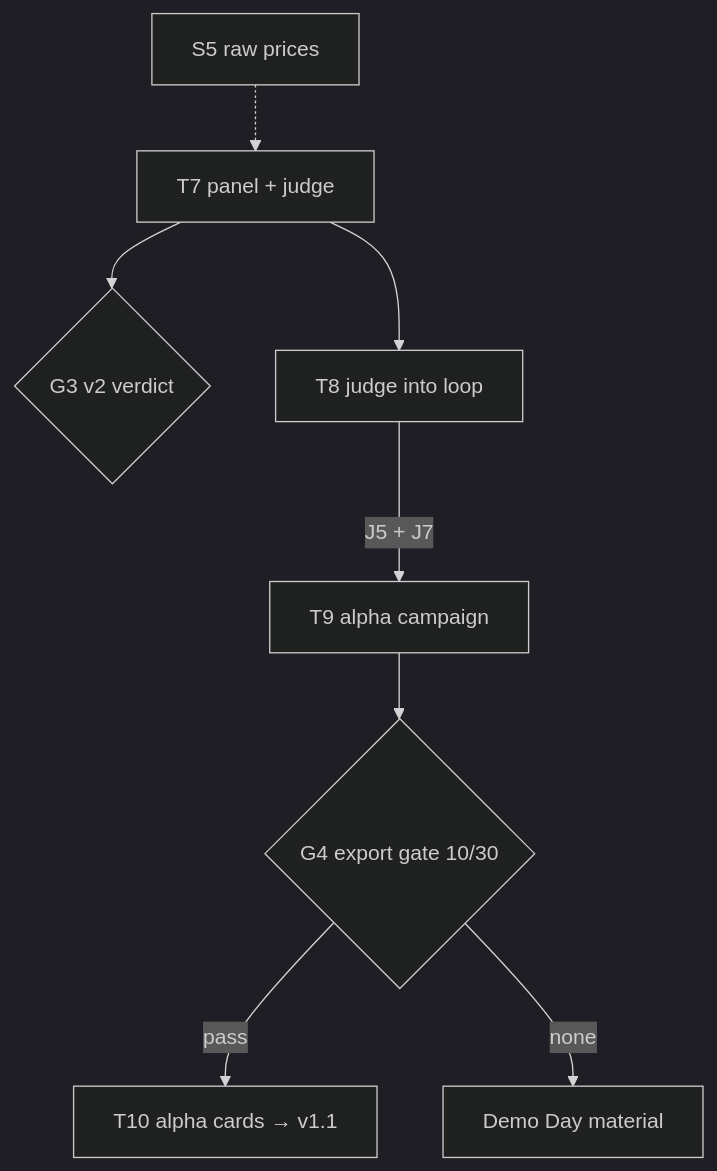
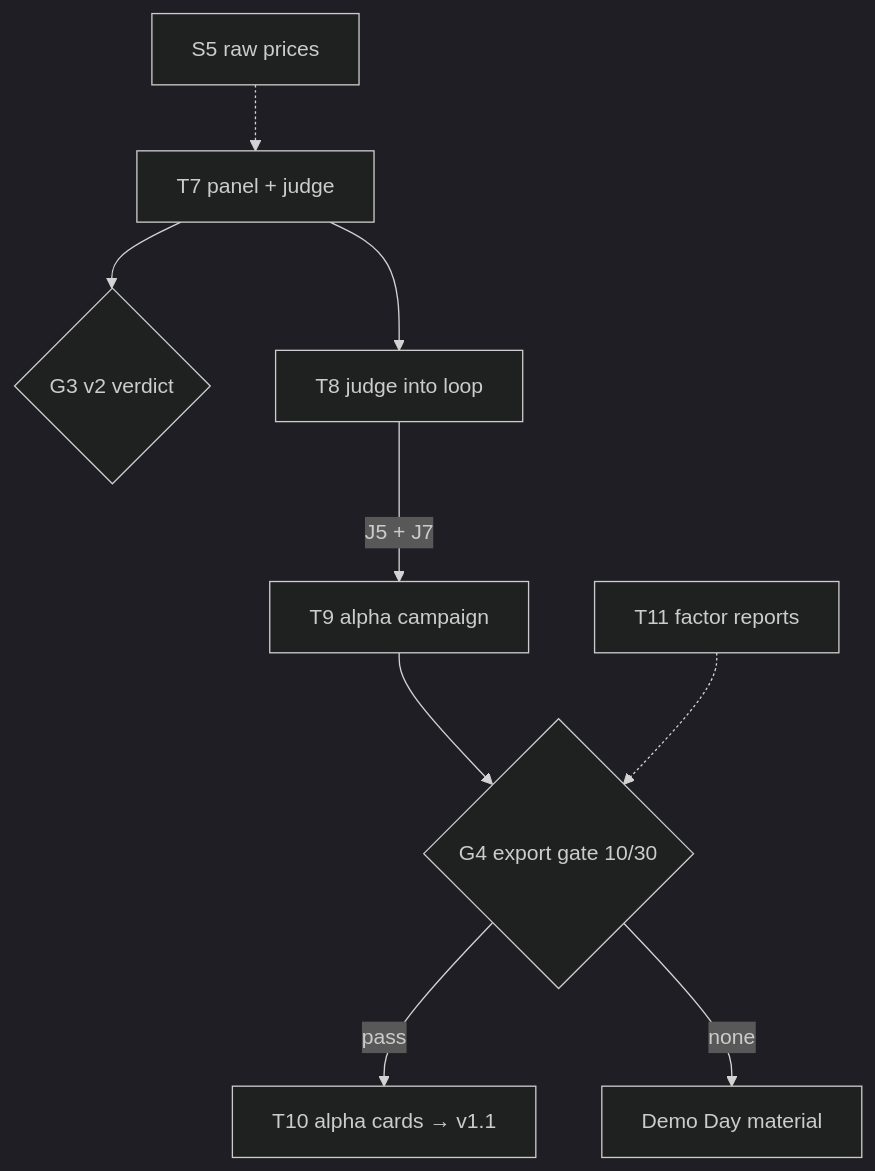
The first of 2 diagrams in docs/tw/TODO_GRAPH.md (Jansansnss/RD-Agent_tw), drawn with Mermaid (dark theme) before and after one commit. The commit also changed other lines of this file and 10 other files, not shown here.

````diff
--- a/docs/tw/TODO_GRAPH.md
+++ b/docs/tw/TODO_GRAPH.md
@@ -215,10 +226,11 @@
 ```mermaid
 flowchart TD
     T7[T7 panel + judge] --> G3{G3 v2 verdict}
     T7 --> T8[T8 judge into loop]
     T8 -->|J5 + J7| T9[T9 alpha campaign]
     T9 --> G4{G4 export gate 10/30}
     G4 -->|pass| T10[T10 alpha cards → v1.1]
     G4 -->|none| DD[Demo Day material]
+    T11[T11 factor reports] -.-> G4
     S5[S5 raw prices] -.-> T7
 ```
````
